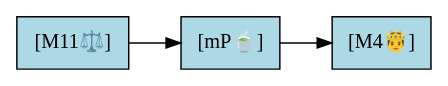
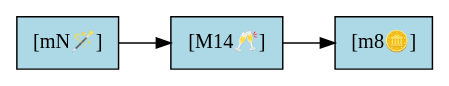
Before and after one commit to infomofo/ts-tarot-cards: the diagram in samples/threeCard-reading.dot, drawn with Graphviz. The commit also changed 13 other files, not shown here.

```diff
--- a/samples/threeCard-reading.dot
+++ b/samples/threeCard-reading.dot
@@ -1,6 +1,6 @@
 
 digraph ThreeCardSpread {
   rankdir=LR;
   node [shape=rectangle, style=filled, fillcolor=lightblue];
-  "[M11⚖️]" -> "[mP🍵]" -> "[M4🤴]";
+  "[mN🪄]" -> "[M14🥂]" -> "[m8🪙]";
 }
```
